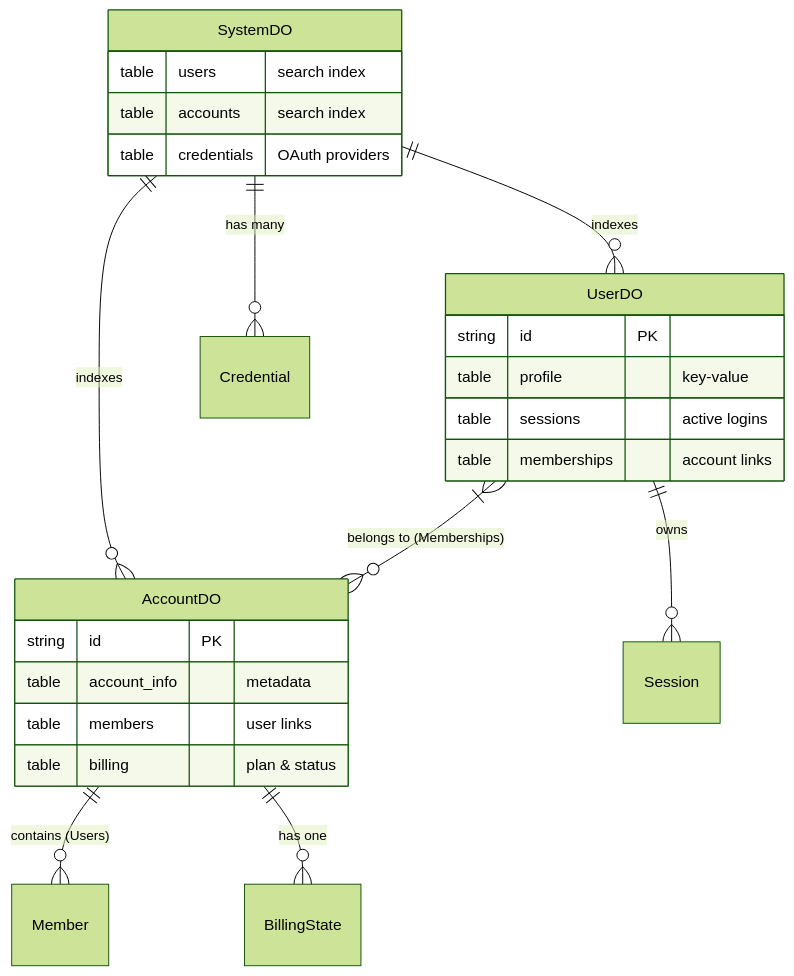
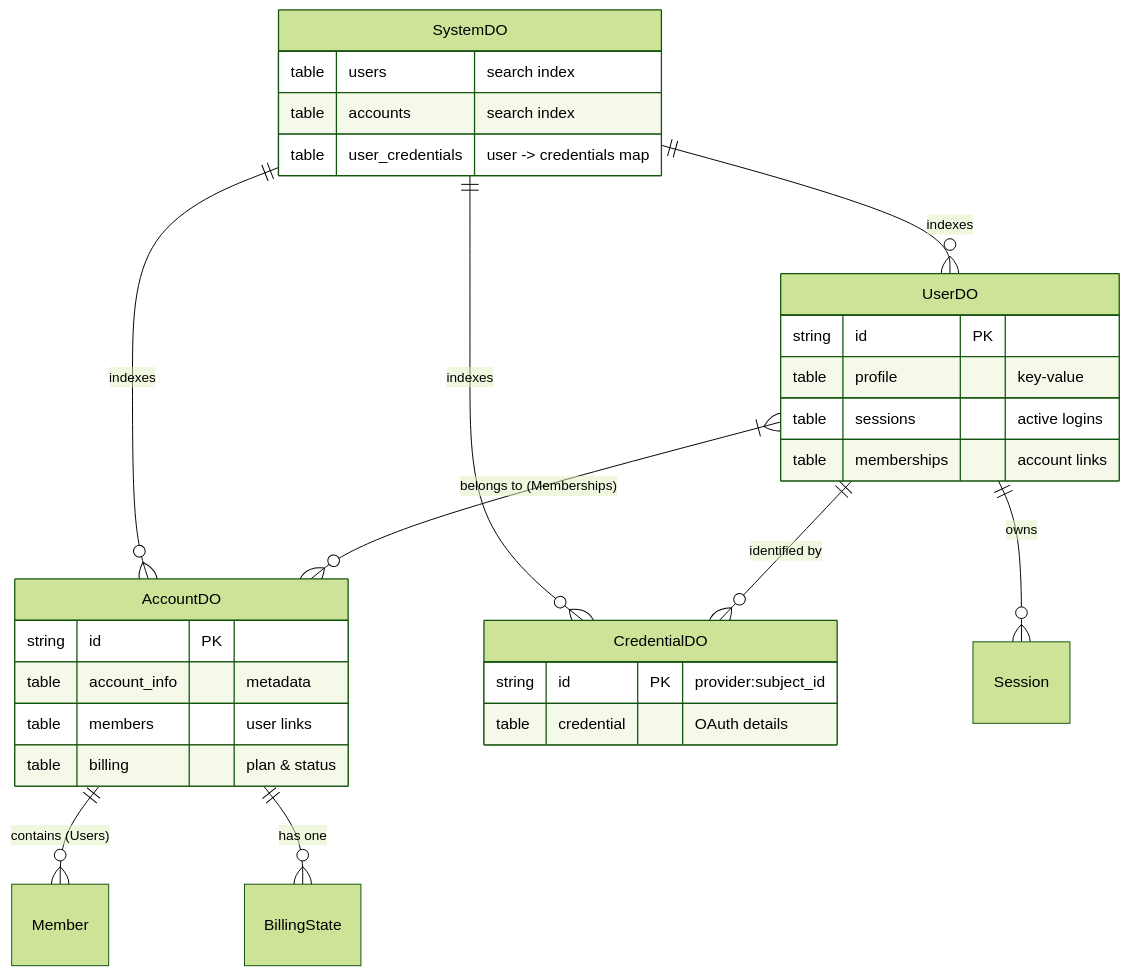
Before and after one commit to StartupAPI/startup-api-cloudflare: the diagram in specs/architecture.md, drawn with Mermaid (forest theme). The commit also changed other lines of this file and 6 other files, not shown here.

Commit message:
Move credentials to provider-split CredentialDO

````diff
--- a/specs/architecture.md
+++ b/specs/architecture.md
@@ -11,32 +11,38 @@
 ```mermaid
 erDiagram
     SystemDO ||--o{ UserDO : indexes
     SystemDO ||--o{ AccountDO : indexes
-    SystemDO ||--o{ Credential : "has many"
+    SystemDO ||--o{ CredentialDO : indexes
     
     UserDO ||--o{ Session : owns
+    UserDO ||--o{ CredentialDO : "identified by"
     UserDO }|--o{ AccountDO : "belongs to (Memberships)"
 
     AccountDO ||--o{ Member : "contains (Users)"
     AccountDO ||--o{ BillingState : "has one"
 
     UserDO {
         string id PK
         table profile "key-value"
         table sessions "active logins"
         table memberships "account links"
     }
 
     AccountDO {
         string id PK
         table account_info "metadata"
         table members "user links"
         table billing "plan & status"
     }
 
     SystemDO {
         table users "search index"
         table accounts "search index"
-        table credentials "OAuth providers"
+        table user_credentials "user -> credentials map"
+    }
+
+    CredentialDO {
+        string id PK "provider:subject_id"
+        table credential "OAuth details"
     }
 ```
````
